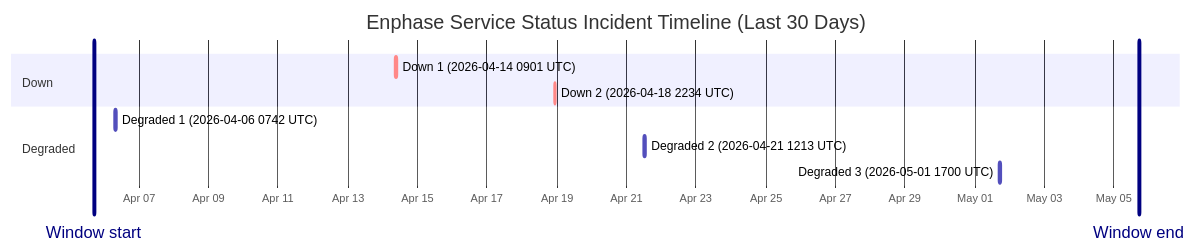
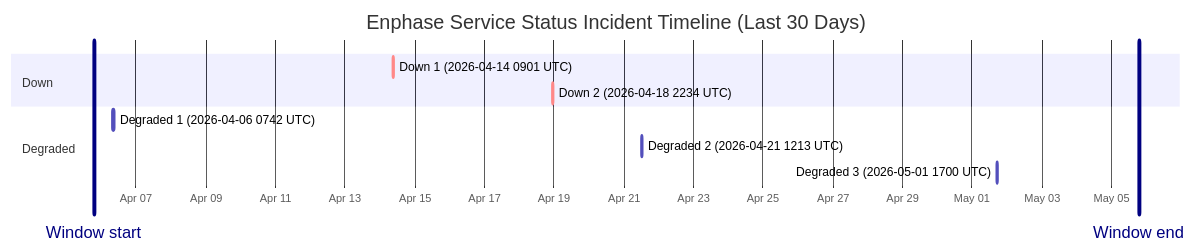
One commit to barneyonline/ha-enphase-ev-charger changed the diagram in wiki/Service-Status-History.md. Above: the diagram before and after it, drawn with Mermaid. The commit also changed other lines of this file and 3 other files, not shown here.

````diff
--- a/wiki/Service-Status-History.md
+++ b/wiki/Service-Status-History.md
@@ -14,15 +14,15 @@
 ```mermaid
 gantt
     title Enphase Service Status Incident Timeline (Last 30 Days)
     dateFormat  YYYY-MM-DDTHH:mm:ss
     axisFormat  %b %d
-    Window start :vert, window-start, 2026-04-05T17:03:46, 0ms
-    Window end :vert, window-end, 2026-05-05T17:03:46, 0ms
+    Window start :vert, window-start, 2026-04-05T18:52:40, 0ms
+    Window end :vert, window-end, 2026-05-05T18:52:40, 0ms
     section Down
     Down 1 (2026-04-14 0901 UTC) :crit, down-1, 2026-04-14T09:01:13, 60m
     Down 2 (2026-04-18 2234 UTC) :crit, down-2, 2026-04-18T22:34:13, 60m
     section Degraded
     Degraded 1 (2026-04-06 0742 UTC) :active, degraded-1, 2026-04-06T07:42:09, 85m
     Degraded 2 (2026-04-21 1213 UTC) :active, degraded-2, 2026-04-21T12:13:11, 60m
     Degraded 3 (2026-05-01 1700 UTC) :active, degraded-3, 2026-05-01T17:00:22, 60m
 ```
````
